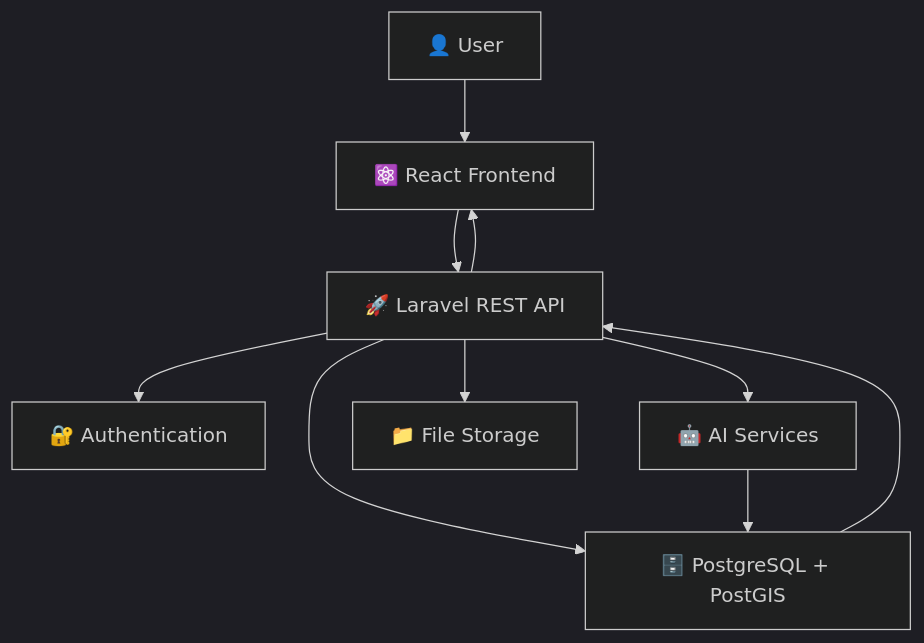
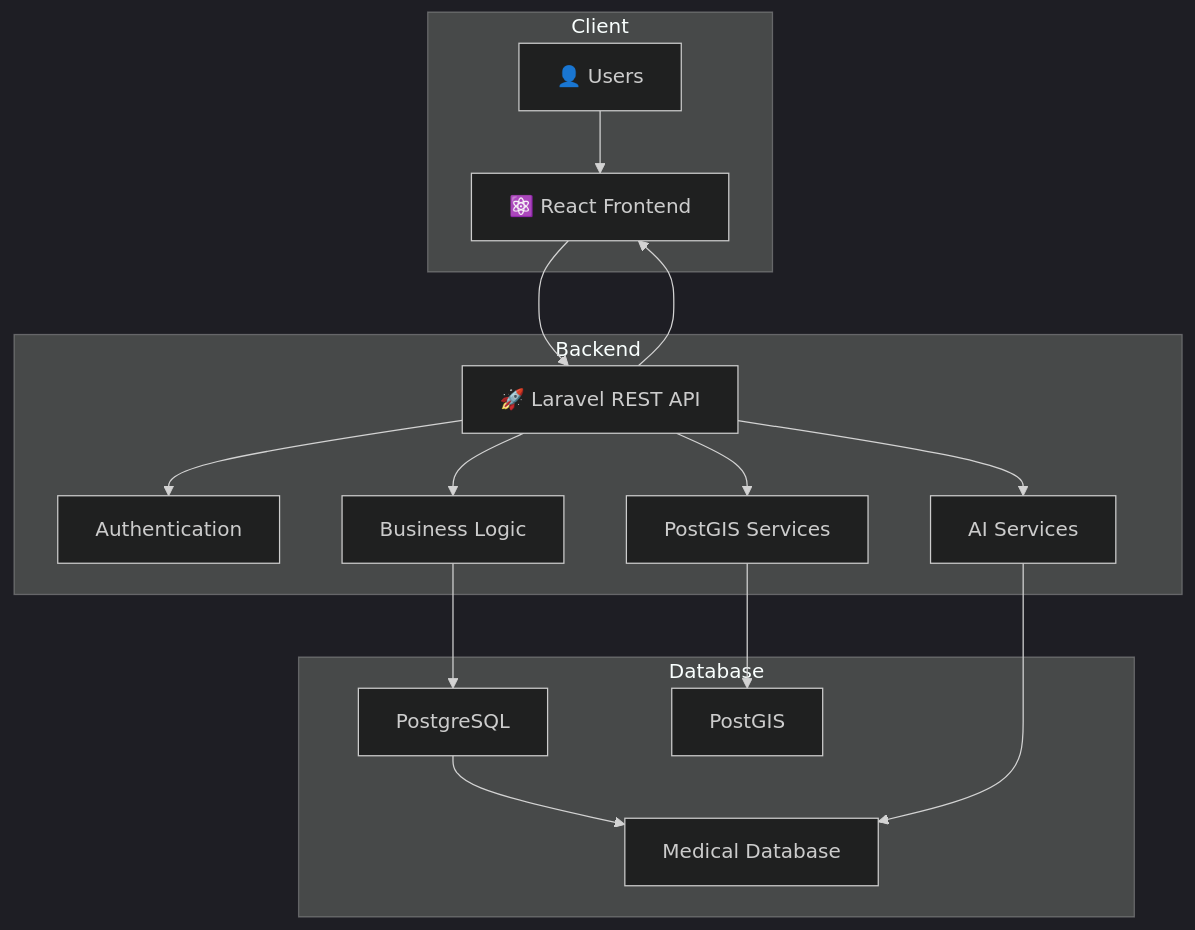
One commit to S1nju/dawadz changed the first of 4 diagrams in README.md. Above: the diagram before and after it, drawn with Mermaid (dark theme). The commit also changed other lines of this file, not shown here.

````diff
--- a/README.md
+++ b/README.md
@@ -3,35 +50,37 @@
 ```mermaid
-graph TD
+flowchart TB
 
-    USER["👤 User"]
+subgraph Client
+    USER["👤 Users"]
+    FRONTEND["⚛️ React Frontend"]
+end
 
-    REACT["⚛️ React Frontend"]
+subgraph Backend
+    API["🚀 Laravel REST API"]
+    AUTH["Authentication"]
+    LOGIC["Business Logic"]
+    AI["AI Services"]
+    GEO["PostGIS Services"]
+end
 
-    API["🚀 Laravel REST API"]
+subgraph Database
+    PG["PostgreSQL"]
+    GIS["PostGIS"]
+    DATA["Medical Database"]
+end
 
-    AUTH["🔐 Authentication"]
+USER --> FRONTEND
+FRONTEND --> API
 
-    AI["🤖 AI Services"]
+API --> AUTH
+API --> LOGIC
+API --> AI
+API --> GEO
 
-    DB["🗄️ PostgreSQL + PostGIS"]
+LOGIC --> PG
+GEO --> GIS
+PG --> DATA
+AI --> DATA
 
-    STORAGE["📁 File Storage"]
-
-    USER --> REACT
-
-    REACT --> API
-
-    API --> AUTH
-
-    API --> DB
-
-    API --> AI
-
-    API --> STORAGE
-
-    AI --> DB
-
-    DB --> API
-
-    API --> REACT
+API --> FRONTEND
 ```
````
